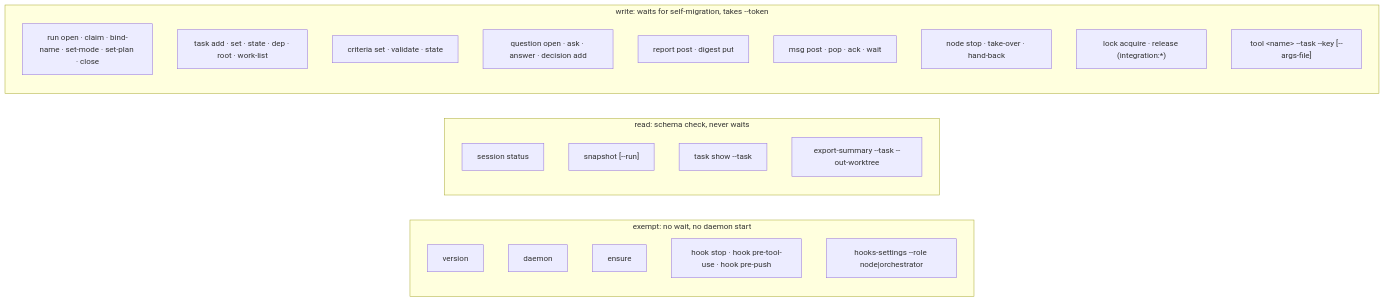
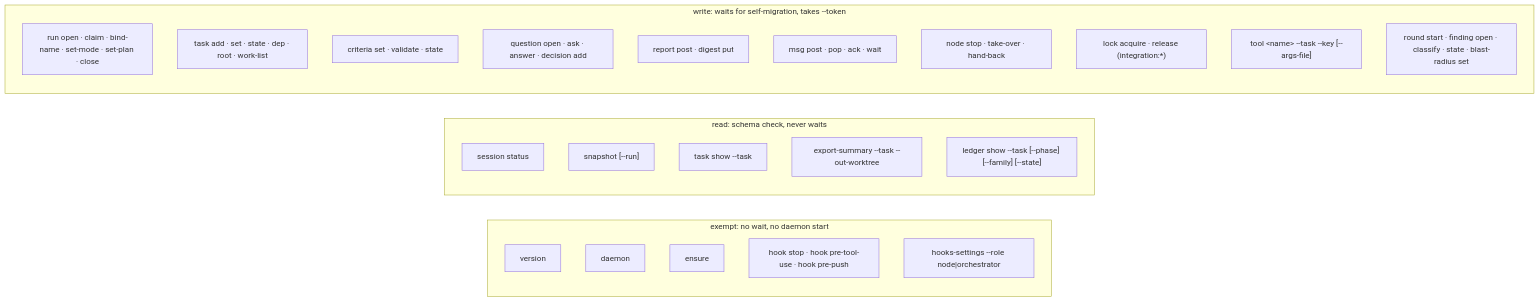
Diagram 11 of 21 in docs/workflow/control-plane-diagrams.md (tmenguy/quiet-solar), drawn with Mermaid before and after one commit. The commit also changed other lines of this file and 20 other files, not shown here.

First line of the commit message:
QS-375: the finding ledger on the Control Plane

````diff
--- a/docs/workflow/control-plane-diagrams.md
+++ b/docs/workflow/control-plane-diagrams.md
@@ -378,27 +458,29 @@
 ```mermaid
 flowchart LR
     subgraph exempt["exempt: no wait, no daemon start"]
         e1[version]
         e2[daemon]
         e3[ensure]
         e4["hook stop · hook pre-tool-use · hook pre-push"]
         e5["hooks-settings --role node|orchestrator"]
     end
     subgraph read["read: schema check, never waits"]
         r1[session status]
         r2["snapshot [--run]"]
         r3["task show --task"]
         r4["export-summary --task --out-worktree"]
+        r5["ledger show --task [--phase] [--family] [--state]"]
     end
     subgraph write["write: waits for self-migration, takes --token"]
         w1["run open · claim · bind-name · set-mode · set-plan · close"]
         w2["task add · set · state · dep · root · work-list"]
         w3["criteria set · validate · state"]
         w4["question open · ask · answer · decision add"]
         w5["report post · digest put"]
         w6["msg post · pop · ack · wait"]
         w7["node stop · take-over · hand-back"]
         w8["lock acquire · release (integration:*)"]
         w9["tool &lt;name&gt; --task --key [--args-file]"]
+        w10["round start · finding open · classify · state · blast-radius set"]
     end
 ```
````
